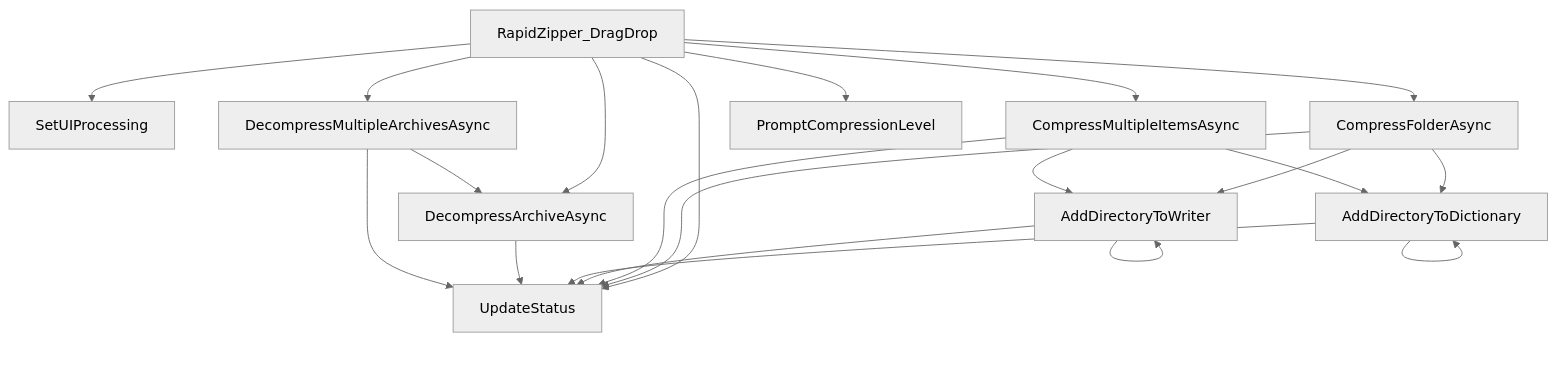
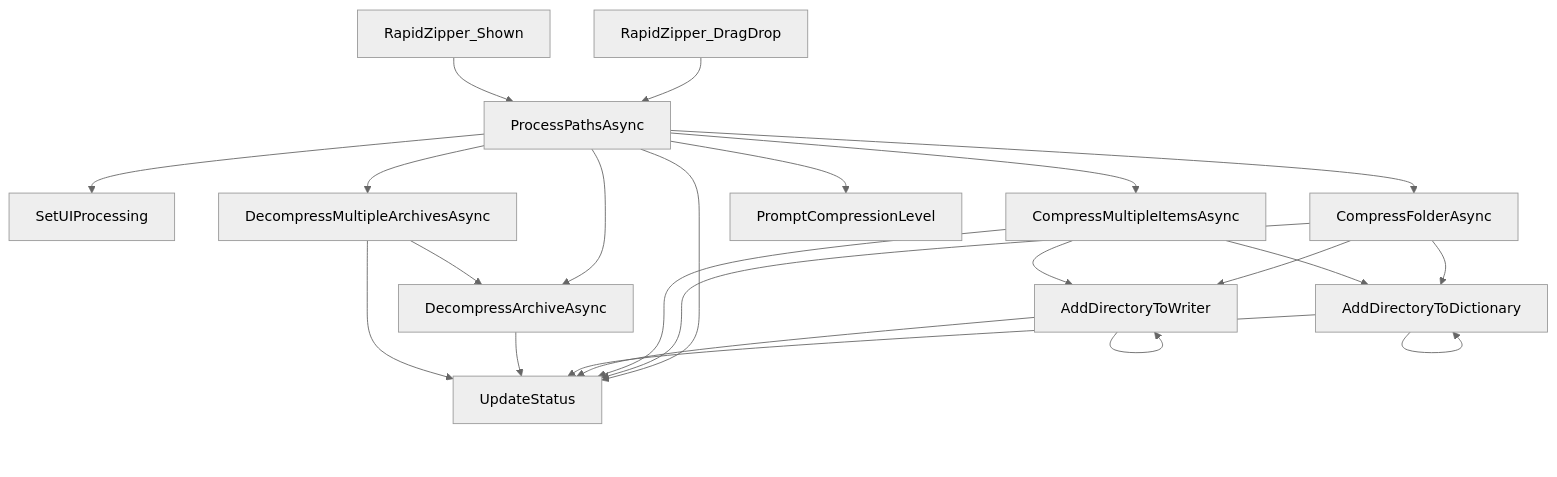
One commit to DovahkiinYuzuko/rapid-zipper changed the diagram in docs/variables'n'functions/[C#]Form1.md. Above: the diagram before and after it, drawn with Mermaid (neutral theme). The commit also changed other lines of this file and 7 other files, not shown here.

````diff
--- a/docs/variables'n'functions/[C#]Form1.md
+++ b/docs/variables'n'functions/[C#]Form1.md
@@ -156,23 +175,25 @@
 ```mermaid
 graph TD
-    RapidZipper_DragDrop --> SetUIProcessing
-    RapidZipper_DragDrop --> CompressFolderAsync
-    RapidZipper_DragDrop --> DecompressArchiveAsync
-    RapidZipper_DragDrop --> DecompressMultipleArchivesAsync
-    RapidZipper_DragDrop --> CompressMultipleItemsAsync
-    RapidZipper_DragDrop --> UpdateStatus
-    RapidZipper_DragDrop --> PromptCompressionLevel
+    RapidZipper_DragDrop --> ProcessPathsAsync
+    RapidZipper_Shown --> ProcessPathsAsync
+    ProcessPathsAsync --> SetUIProcessing
+    ProcessPathsAsync --> CompressFolderAsync
+    ProcessPathsAsync --> DecompressArchiveAsync
+    ProcessPathsAsync --> DecompressMultipleArchivesAsync
+    ProcessPathsAsync --> CompressMultipleItemsAsync
+    ProcessPathsAsync --> UpdateStatus
+    ProcessPathsAsync --> PromptCompressionLevel
     CompressFolderAsync --> AddDirectoryToWriter
     CompressFolderAsync --> AddDirectoryToDictionary
     CompressFolderAsync --> UpdateStatus
     CompressMultipleItemsAsync --> AddDirectoryToWriter
     CompressMultipleItemsAsync --> AddDirectoryToDictionary
     CompressMultipleItemsAsync --> UpdateStatus
     AddDirectoryToWriter --> UpdateStatus
     AddDirectoryToWriter --> AddDirectoryToWriter
     AddDirectoryToDictionary --> UpdateStatus
     AddDirectoryToDictionary --> AddDirectoryToDictionary
     DecompressArchiveAsync --> UpdateStatus
     DecompressMultipleArchivesAsync --> DecompressArchiveAsync
     DecompressMultipleArchivesAsync --> UpdateStatus
 ```
````
